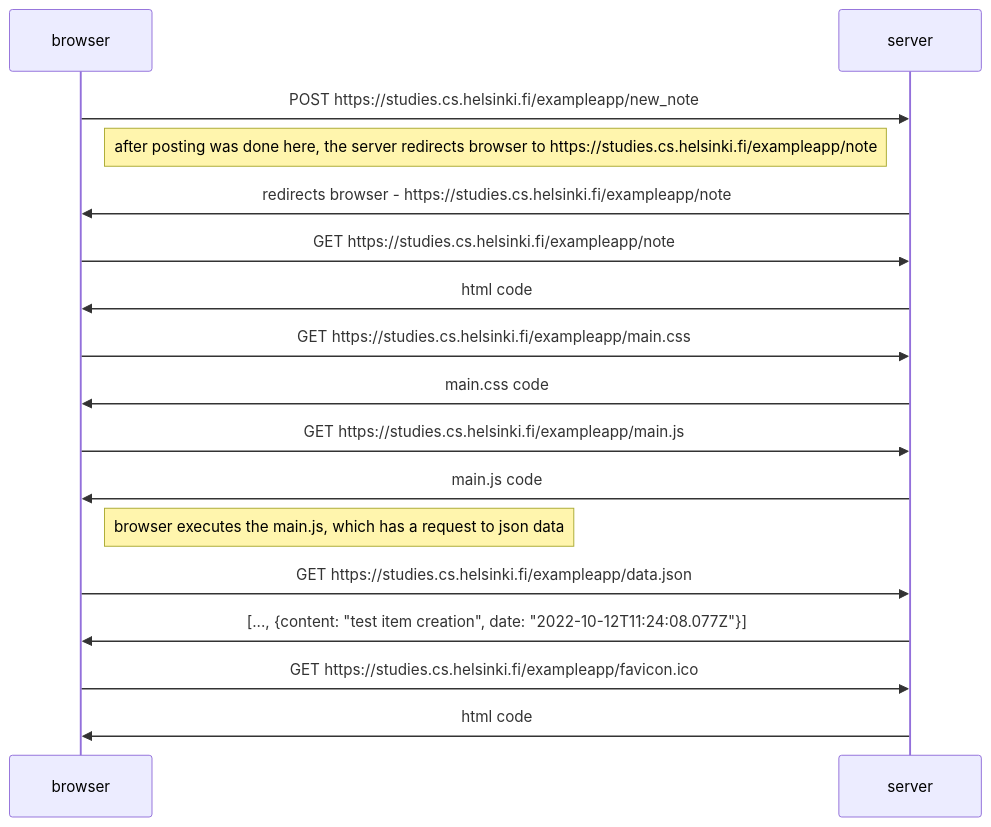
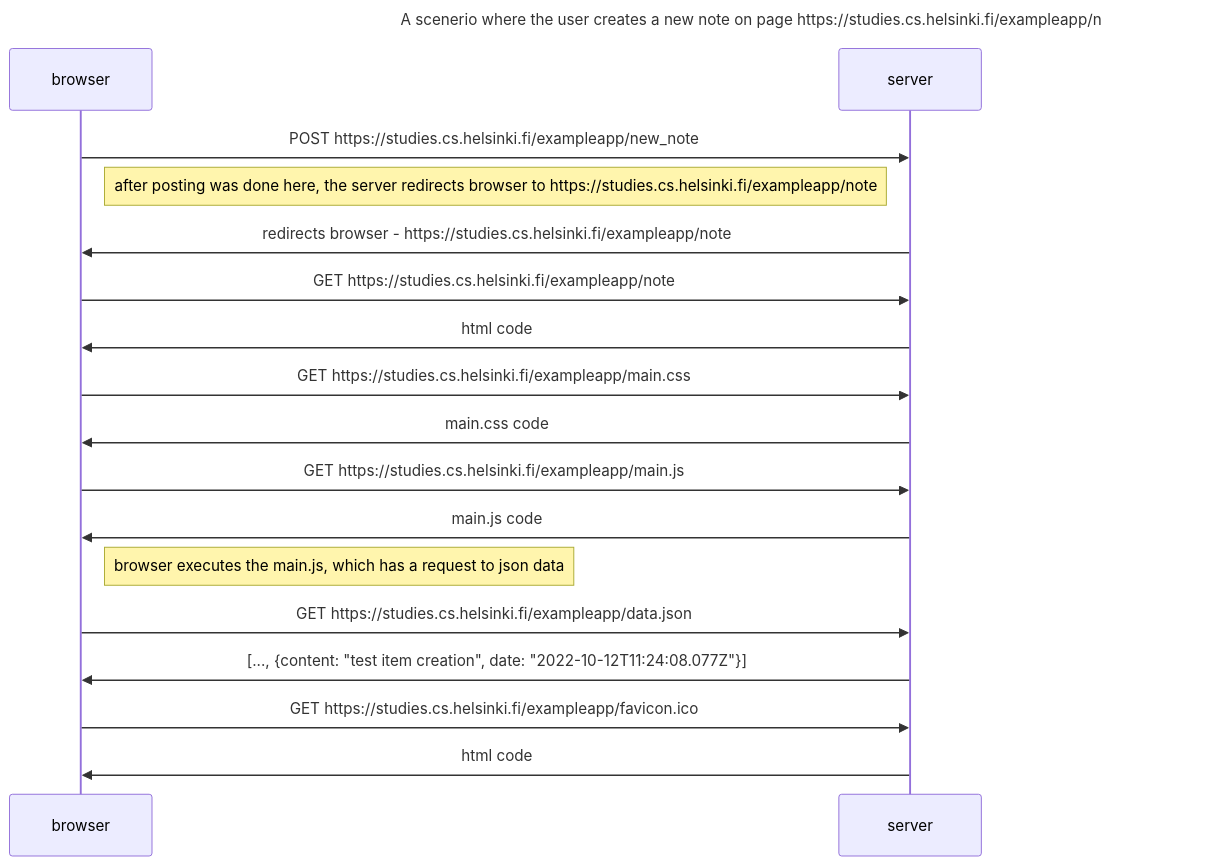
The diagram in part0/excercise_0.4.md (debaycisse/fullstack-uni-helsinki), drawn with Mermaid before and after one commit. The commit also changed other lines of this file and 5 other files, not shown here.

Commit message:
change webSequence to mermaid syntax

````diff
--- a/part0/excercise_0.4.md
+++ b/part0/excercise_0.4.md
@@ -27,24 +29,26 @@
 ```mermaid
 sequenceDiagram
+
+title: A scenerio where the user creates a new note on page https://studies.cs.helsinki.fi/exampleapp/notes - part 0.4
 browser->>server: POST https://studies.cs.helsinki.fi/exampleapp/new_note
 Note left of server: after posting was done here, the server redirects browser to  https://studies.cs.helsinki.fi/exampleapp/note
 
 server->>browser: redirects browser - https://studies.cs.helsinki.fi/exampleapp/note
 
 
 
 browser->>server: GET https://studies.cs.helsinki.fi/exampleapp/note
 server->>browser: html code
 browser->>server: GET https://studies.cs.helsinki.fi/exampleapp/main.css
 server->>browser: main.css code
 browser->>server: GET https://studies.cs.helsinki.fi/exampleapp/main.js
 server->>browser: main.js code
 
 Note right of browser: browser executes the main.js, which has a request to json data
 
 browser->>server: GET https://studies.cs.helsinki.fi/exampleapp/data.json
 server->>browser: [..., {content: "test item creation", date: "2022-10-12T11:24:08.077Z"}]
 
 browser->>server: GET https://studies.cs.helsinki.fi/exampleapp/favicon.ico
 server->>browser: html code
 ```
````
